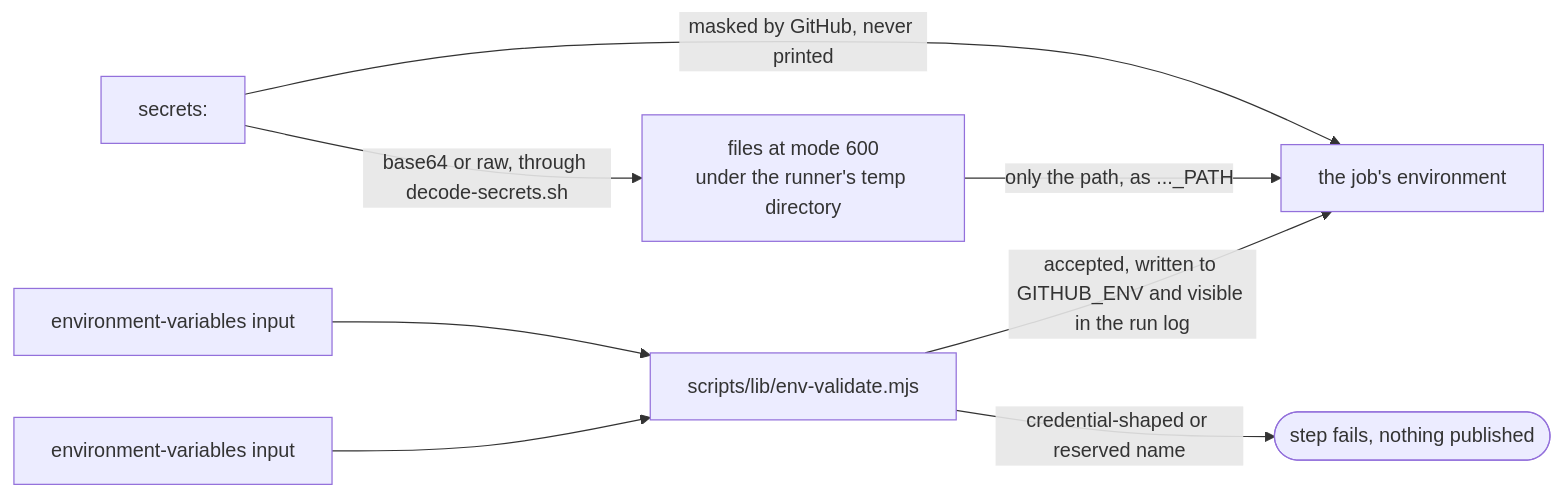
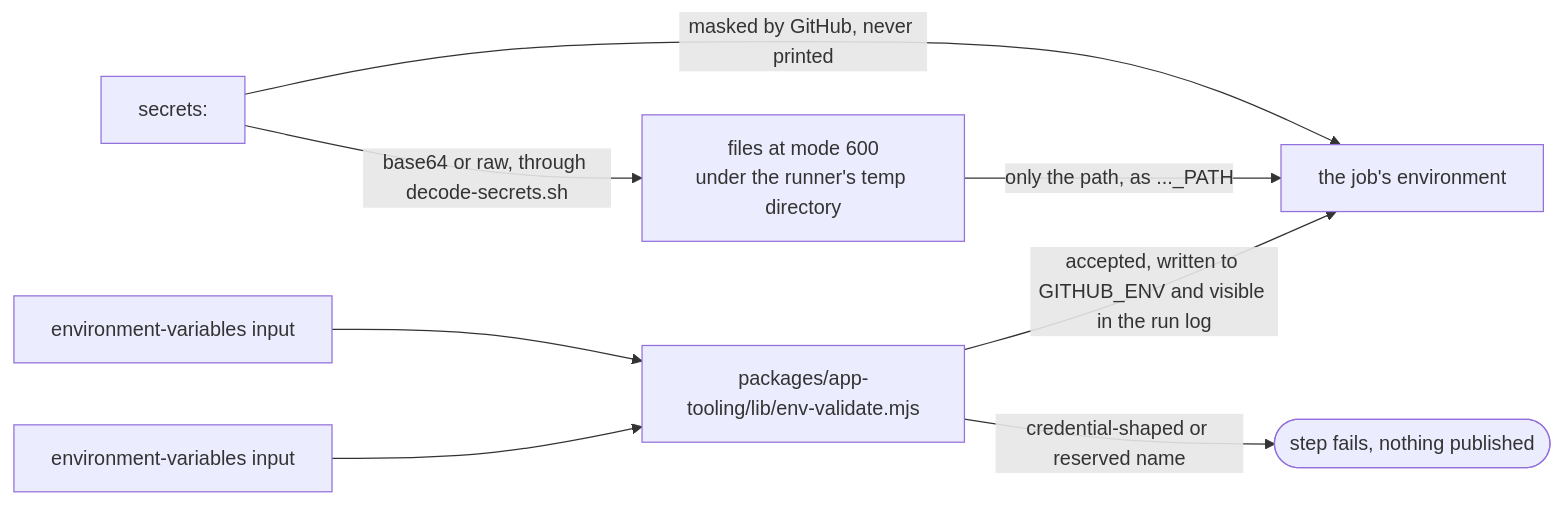
Before and after one commit to blinkbitcoin/shared-workflows: the third of 5 diagrams in docs/consumer-guide.md, drawn with Mermaid. The commit also changed other lines of this file and 36 other files, not shown here.

First line of the commit message:
feat(app-tooling): a store-notes app suite, the environment-variables rule, and the chain tested here (#184)

````diff
--- a/docs/consumer-guide.md
+++ b/docs/consumer-guide.md
@@ -637,17 +637,17 @@
 ```mermaid
 flowchart LR
   secrets["secrets:"]
   buildenv["environment-variables input"]
   envjson["environment-variables input"]
-  validate["scripts/lib/env-validate.mjs"]
+  validate["packages/app-tooling/lib/env-validate.mjs"]
   refused(["step fails, nothing published"])
   laneenv["the job's environment"]
   files["files at mode 600<br/>under the runner's temp directory"]
   secrets -->|"masked by GitHub, never printed"| laneenv
   secrets -->|"base64 or raw, through decode-secrets.sh"| files
   files -->|"only the path, as ..._PATH"| laneenv
   buildenv --> validate
   envjson --> validate
   validate -->|"credential-shaped or reserved name"| refused
   validate -->|"accepted, written to GITHUB_ENV and visible in the run log"| laneenv
 ```
````
